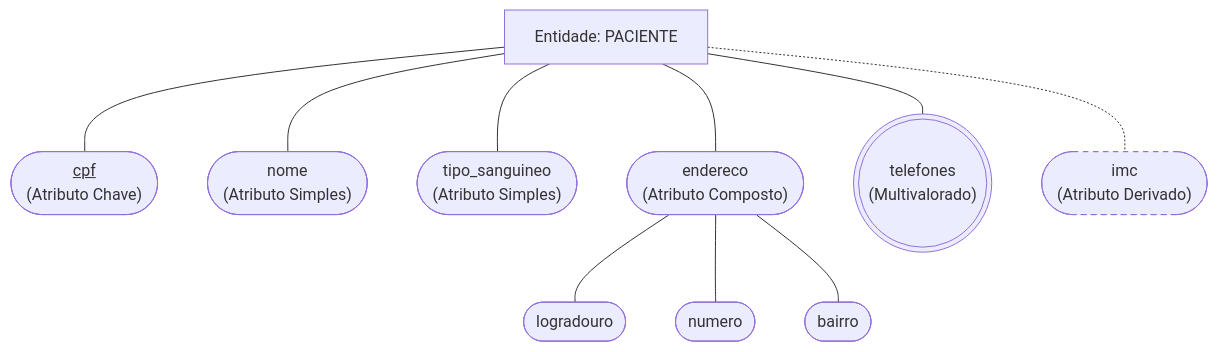
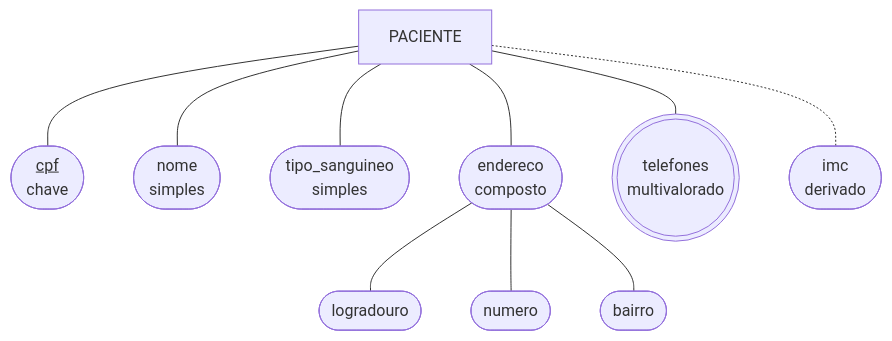
The second of 6 diagrams in 02. Modelagem de Dados/05. Modelagem de entidades e tipos de atributos.md (leorruas/puc), drawn with Mermaid before and after one commit. The commit also changed other lines of this file, not shown here.

Commit message:
Normaliza diagramas de entidades e atributos

````diff
--- a/02. Modelagem de Dados/05. Modelagem de entidades e tipos de atributos.md
+++ b/02. Modelagem de Dados/05. Modelagem de entidades e tipos de atributos.md
@@ -62,26 +62,23 @@
 ```mermaid
 flowchart TD
-    Paciente["Entidade: PACIENTE"]
-
-    Chave(["<u>cpf</u><br>(Atributo Chave)"])
-    Nome(["nome<br>(Atributo Simples)"])
-    Sangue(["tipo_sanguineo<br>(Atributo Simples)"])
-    End(["endereco<br>(Atributo Composto)"])
-    Rua(["logradouro"])
-    Num(["numero"])
-    Bairro(["bairro"])
-    Tels((("telefones<br>(Multivalorado)")))
-    Imc(["imc<br>(Atributo Derivado)"])
+    Paciente["PACIENTE"]:::core
+    Chave(["<u>cpf</u><br>chave"]):::data
+    Nome(["nome<br>simples"]):::data
+    Sangue(["tipo_sanguineo<br>simples"]):::data
+    End(["endereco<br>composto"]):::component
+    Rua(["logradouro"]):::data
+    Num(["numero"]):::data
+    Bairro(["bairro"]):::data
+    Tels((("telefones<br>multivalorado"))):::component
+    Imc(["imc<br>derivado"]):::warning
 
     Paciente --- Chave
     Paciente --- Nome
     Paciente --- Sangue
     Paciente --- End
     End --- Rua
     End --- Num
     End --- Bairro
     Paciente --- Tels
     Paciente -.- Imc
-
-    style Imc stroke-dasharray: 5 5
 ```
````
